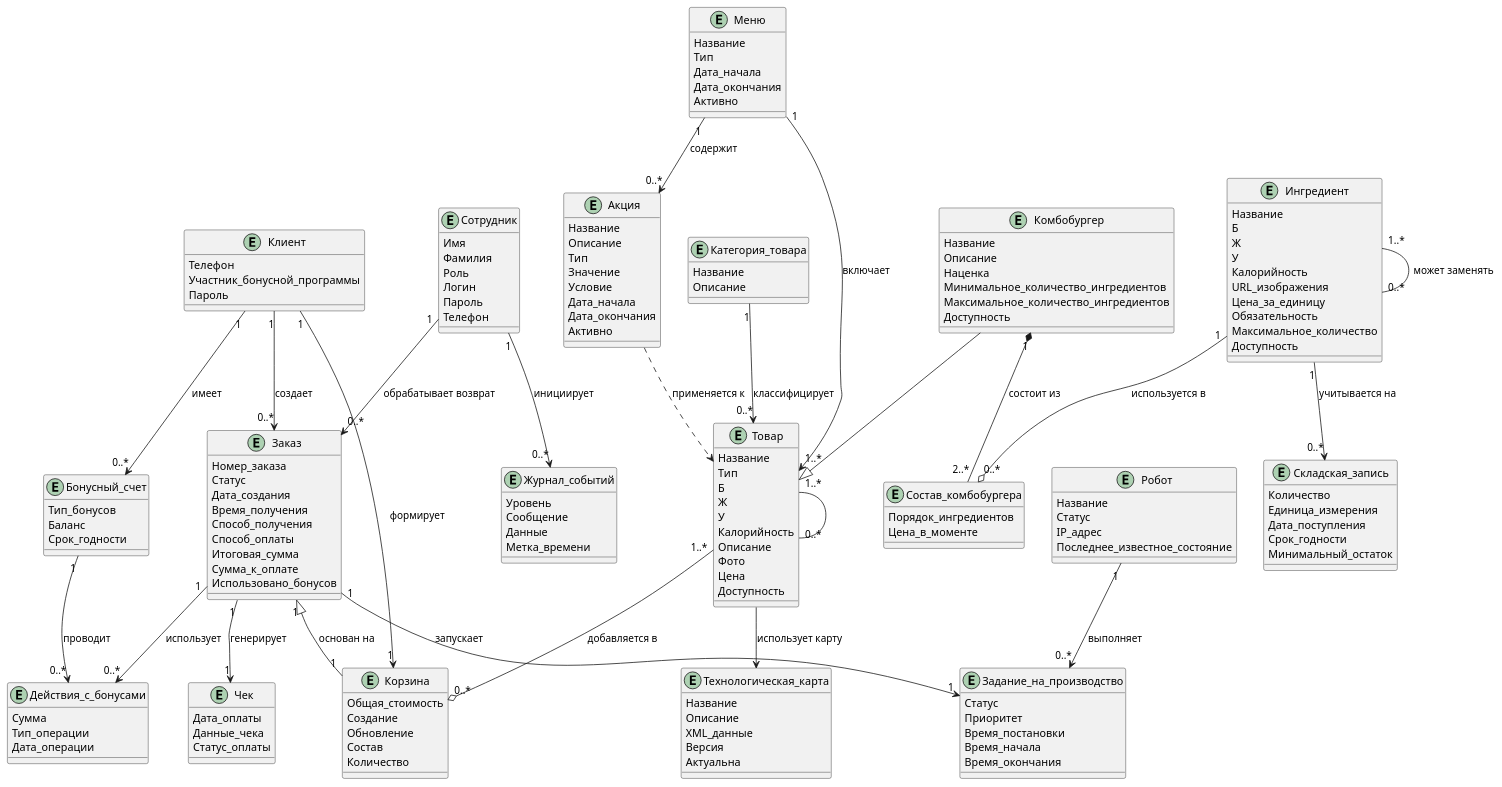
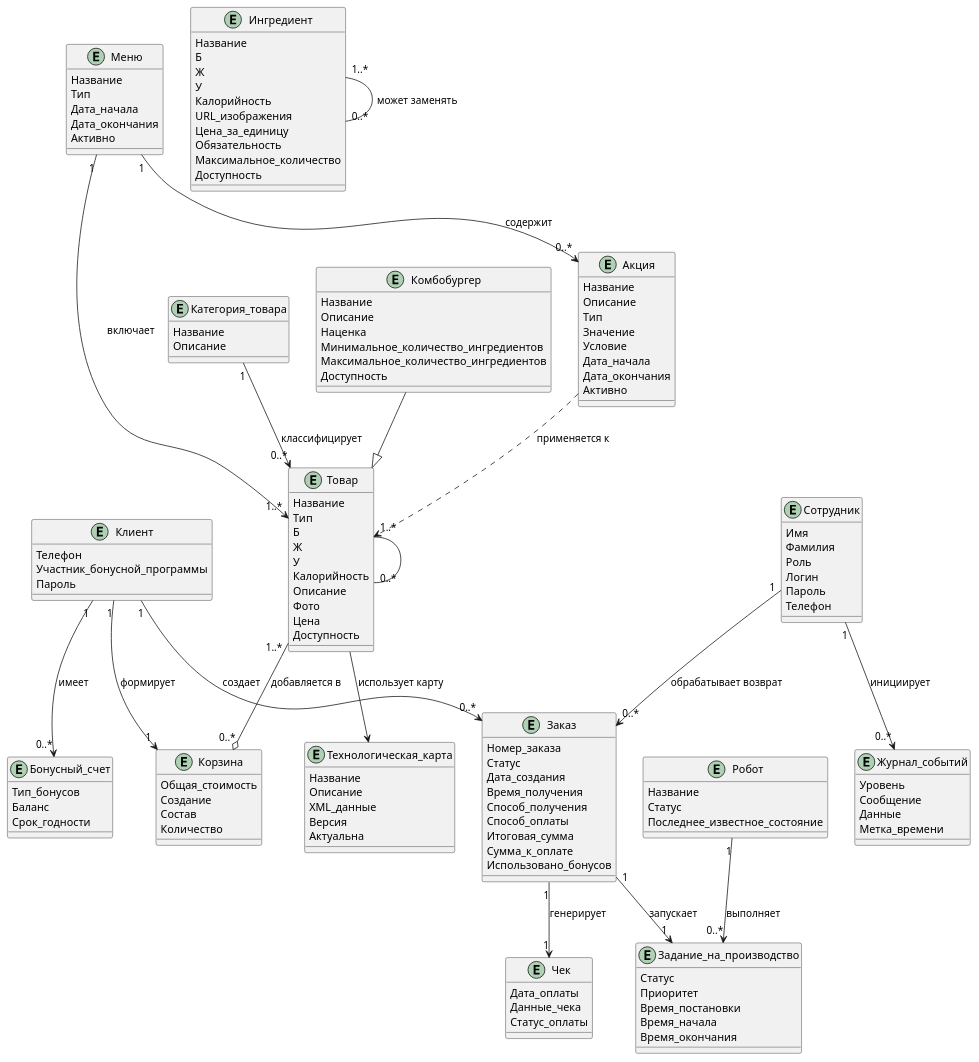
One commit to YuVUp/SA_Final_Work changed the diagram in docs/diagrams/src/class.pu. Above: the diagram before and after it, drawn with PlantUML. The commit also changed 3 other files, not shown here.

Commit message:
fix 6-7 class_diagram

```diff
--- a/docs/diagrams/src/class.pu
+++ b/docs/diagrams/src/class.pu
@@ -1,195 +1,166 @@
 @startuml Модель предметной области
 
 Entity Клиент
 {
 Телефон
 Участник_бонусной_программы
 Пароль
 }
 
 Entity Бонусный_счет
 {
 Тип_бонусов
 Баланс
 Срок_годности
 }
 
 Entity Меню {
 Название
 Тип
 Дата_начала
 Дата_окончания
 Активно
 }
 
 Entity Категория_товара {
 Название
 Описание
 }
 
 Entity Товар {
 Название
 Тип
 Б
 Ж
 У
 Калорийность
 Описание
 Фото
 Цена
 Доступность
 }
 
 Entity Технологическая_карта {
 Название
 Описание
 XML_данные
 Версия
 Актуальна
 }
 
 Entity Ингредиент {
 Название
 Б
 Ж
 У
 Калорийность
 URL_изображения
 Цена_за_единицу
 Обязательность
 Максимальное_количество
 Доступность
 }
 
-Entity Складская_запись {
-Количество
-Единица_измерения
-Дата_поступления
-Срок_годности
-Минимальный_остаток
-}
-
 Entity Комбобургер {
 Название
 Описание
 Наценка
 Минимальное_количество_ингредиентов
 Максимальное_количество_ингредиентов
 Доступность
 }
 
 Entity Корзина {
 Общая_стоимость
 Создание
-Обновление
 Состав
 Количество
-}
-
-Entity Состав_комбобургера {
-Порядок_ингредиентов
-Цена_в_моменте
 }
 
 Entity Заказ {
 Номер_заказа
 Статус
 Дата_создания
 Время_получения
 Способ_получения
 Способ_оплаты
 Итоговая_сумма
 Сумма_к_оплате
 Использовано_бонусов
 }
 
 Entity Чек {
 Дата_оплаты
 Данные_чека
 Статус_оплаты
 }
 
-Entity Действия_с_бонусами {
-Сумма
-Тип_операции
-Дата_операции
-}
-
 Entity Акция {
 Название
 Описание
 Тип
 Значение
 Условие
 Дата_начала
 Дата_окончания
 Активно
 }
 
 Entity Робот {
 Название
 Статус
-IP_адрес
 Последнее_известное_состояние
 }
 
 Entity Задание_на_производство {
 Статус
 Приоритет
 Время_постановки
 Время_начала
 Время_окончания
 }
 
 Entity Сотрудник {
 Имя
 Фамилия
 Роль
 Логин
 Пароль
 Телефон
 }
 
 Entity Журнал_событий {
 Уровень
 Сообщение
 Данные
 Метка_времени
 }
 
 ' Связи
 Клиент "1" --> "0..*" Бонусный_счет : имеет 
 Клиент "1" --> "1" Корзина : формирует 
 Клиент "1" --> "0..*" Заказ : создает 
 
 Меню "1" --> "1..*" Товар : включает 
 Меню "1" --> "0..*" Акция : содержит
 Категория_товара "1" --> "0..*" Товар : классифицирует 
 
 Заказ "1" --> "1" Чек : генерирует 
-Заказ "1" --> "0..*" Действия_с_бонусами : использует 
-Бонусный_счет "1" --> "0..*" Действия_с_бонусами : проводит 
-
-Комбобургер "1" *-- "2..*" Состав_комбобургера : состоит из
-
-Ингредиент "1" --o "0..*" Состав_комбобургера : используется в
-Заказ "1" <|-- "1" Корзина : основан на
 
 Комбобургер --|> Товар
 
 Товар "1..*" -- "0..*" Товар
 Товар "1..*" --o "0..*" Корзина : добавляется в
 Ингредиент "1..*" -- "0..*" Ингредиент : может заменять
-Ингредиент "1" --> "0..*" Складская_запись : учитывается на
 
 Товар --> Технологическая_карта : использует карту
 
 Заказ "1" --> "1" Задание_на_производство : запускает
 Робот "1" --> "0..*" Задание_на_производство : выполняет
 
 Сотрудник "1" --> "0..*" Заказ : обрабатывает возврат
 Сотрудник "1" --> "0..*" Журнал_событий : инициирует
 
 Акция ..> Товар : применяется к
 
 @enduml
```
